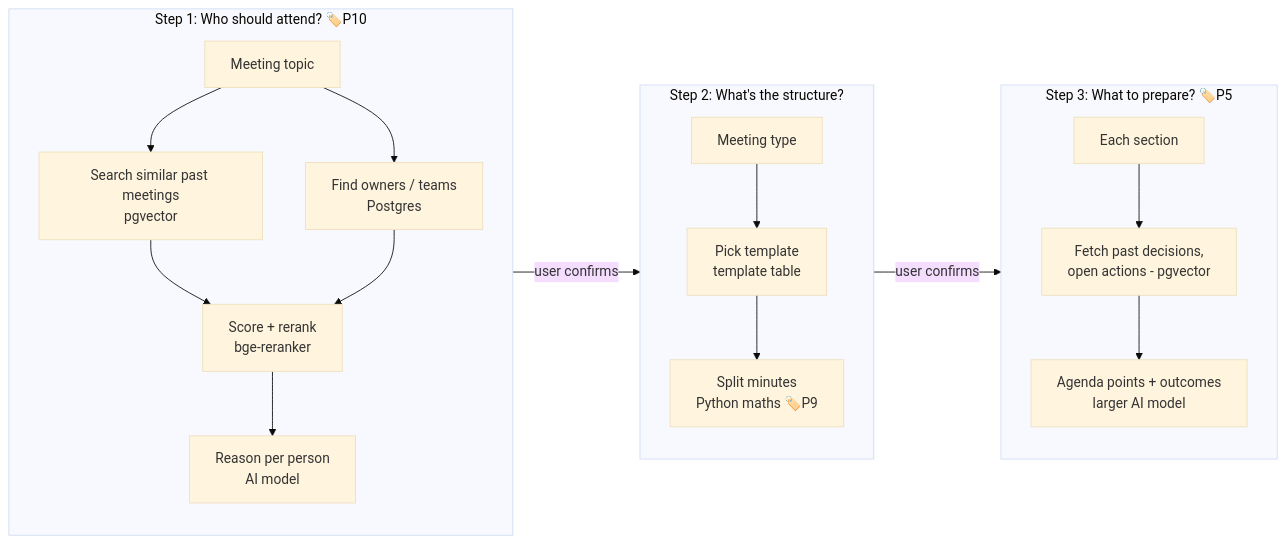
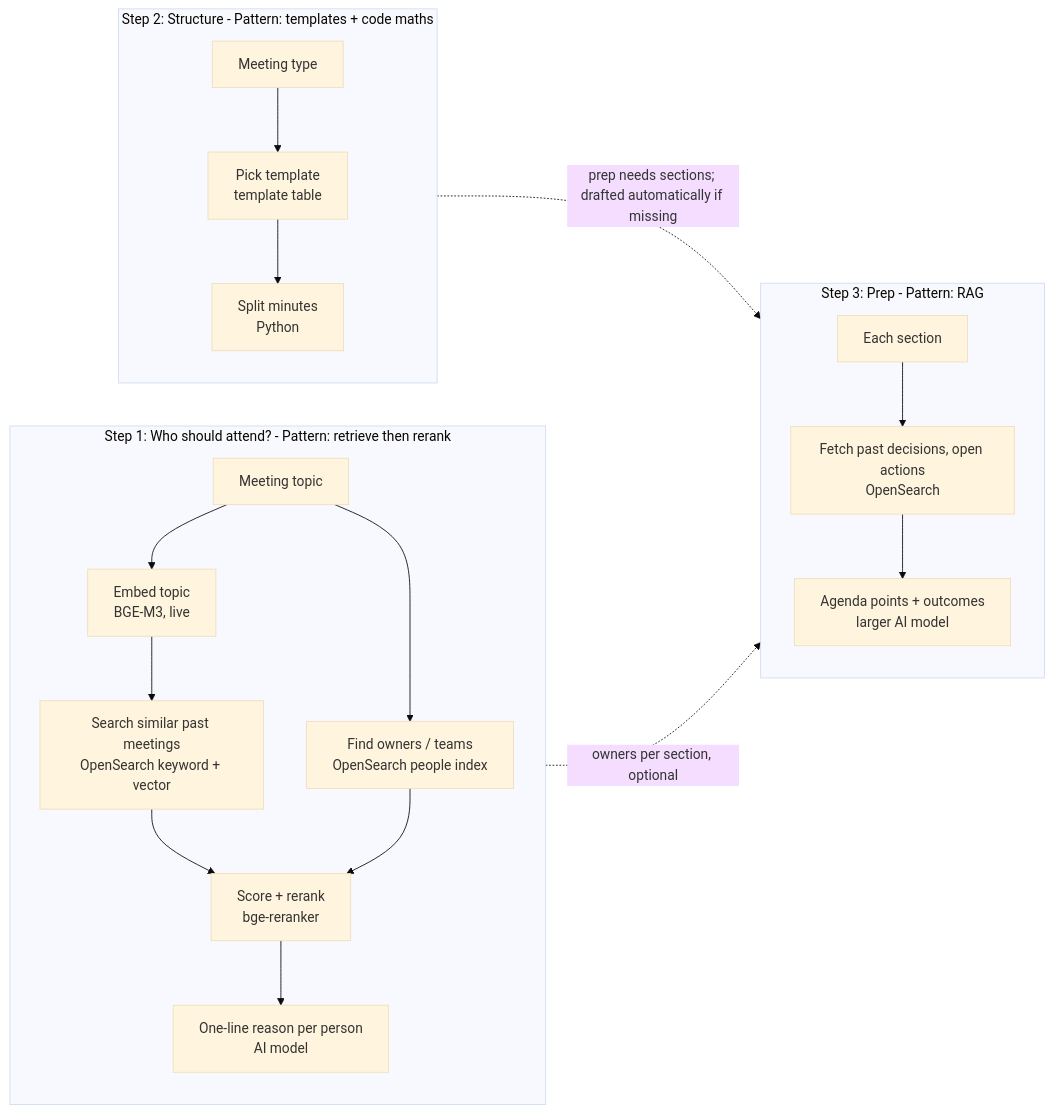
The third of 6 diagrams in hld_agenda_bot.md (sivatarun/interview2), drawn with Mermaid (base theme) before and after one commit. The commit also changed other lines of this file and 3 other files, not shown here.

````diff
--- a/hld_agenda_bot.md
+++ b/hld_agenda_bot.md
@@ -52,18 +139,21 @@
 ```mermaid
 flowchart LR
-    subgraph S1 [Step 1: Who should attend? 🏷️P10]
-        a1[Meeting topic] --> a2[Search similar past meetings<br/>pgvector]
-        a1 --> a3[Find owners / teams<br/>Postgres]
-        a2 & a3 --> a4[Score + rerank<br/>bge-reranker]
-        a4 --> a5[Reason per person<br/>AI model]
+    subgraph S1 ["Step 1: Who should attend? - Pattern: retrieve then rerank"]
+        a1["Meeting topic"] --> a0["Embed topic<br/>BGE-M3, live"]
+        a0 --> a2["Search similar past meetings<br/>OpenSearch keyword + vector"]
+        a1 --> a3["Find owners / teams<br/>OpenSearch people index"]
+        a2 --> a4["Score + rerank<br/>bge-reranker"]
+        a3 --> a4
+        a4 --> a5["One-line reason per person<br/>AI model"]
     end
-    subgraph S2 [Step 2: What's the structure?]
-        b1[Meeting type] --> b2[Pick template<br/>template table]
-        b2 --> b3[Split minutes<br/>Python maths 🏷️P9]
+    subgraph S2 ["Step 2: Structure - Pattern: templates + code maths"]
+        b1["Meeting type"] --> b2["Pick template<br/>template table"]
+        b2 --> b3["Split minutes<br/>Python"]
     end
-    subgraph S3 [Step 3: What to prepare? 🏷️P5]
-        c1[Each section] --> c2[Fetch past decisions,<br/>open actions - pgvector]
-        c2 --> c3[Agenda points + outcomes<br/>larger AI model]
+    subgraph S3 ["Step 3: Prep - Pattern: RAG"]
+        c1["Each section"] --> c2["Fetch past decisions, open actions<br/>OpenSearch"]
+        c2 --> c3["Agenda points + outcomes<br/>larger AI model"]
     end
-    S1 -->|user confirms| S2 -->|user confirms| S3
+    S2 -.->|"prep needs sections; drafted automatically if missing"| S3
+    S1 -.->|"owners per section, optional"| S3
 ```
````
